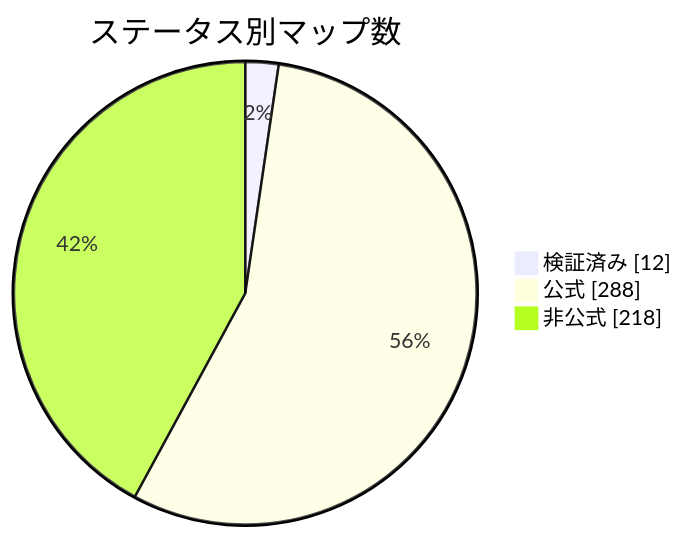
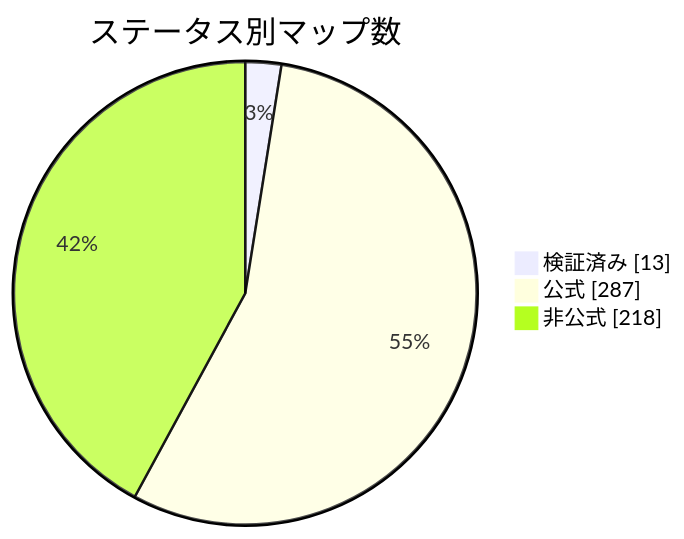
Before and after one commit to nobrega8/mbmap-library: the diagram in docs/readme/README_JP.md, drawn with Mermaid. The commit also changed 5 other files, not shown here.

````diff
--- a/docs/readme/README_JP.md
+++ b/docs/readme/README_JP.md
@@ -54,7 +54,7 @@
 ```mermaid
 pie showData
     title ステータス別マップ数
-    "検証済み" : 12
-    "公式" : 288
+    "検証済み" : 13
+    "公式" : 287
     "非公式" : 218
 ```
````
